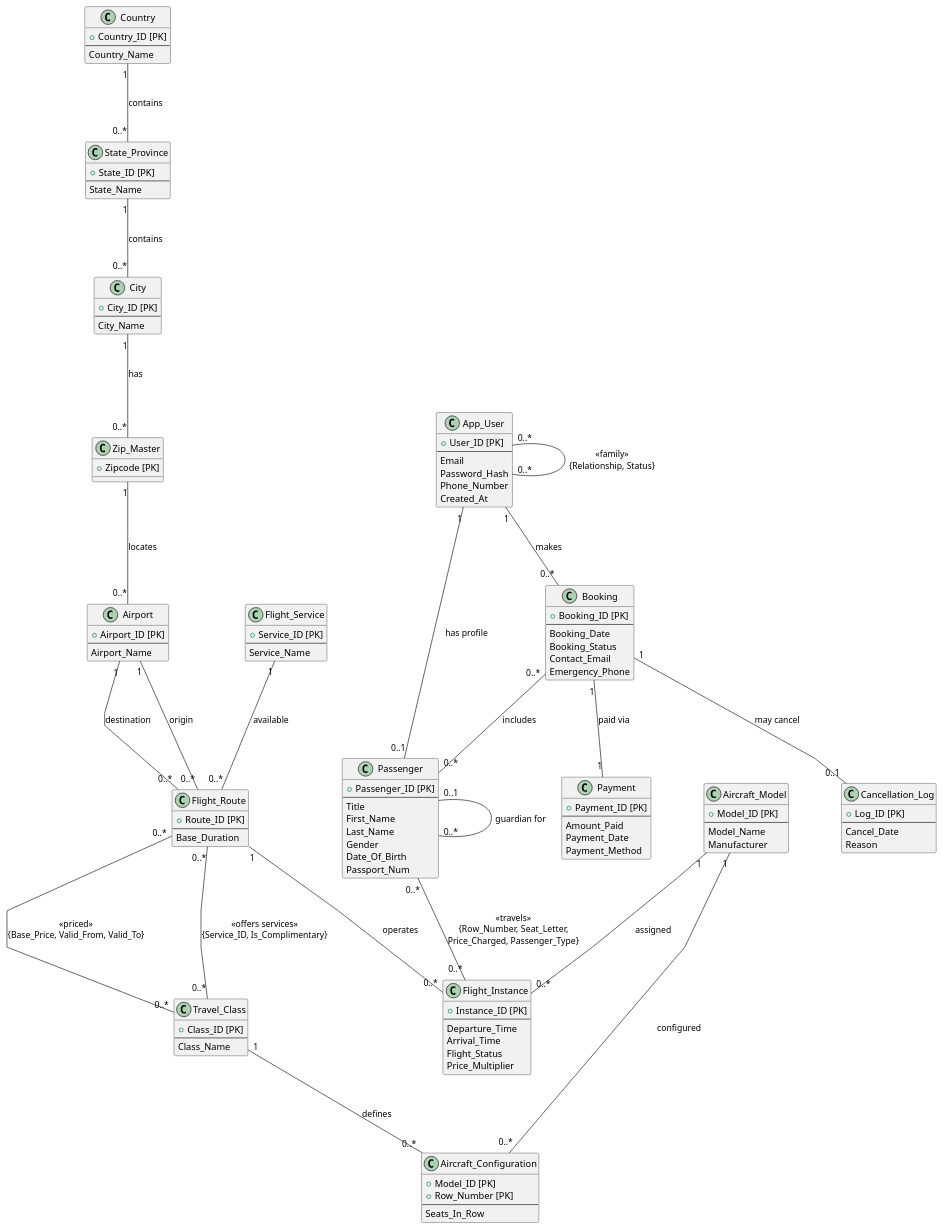
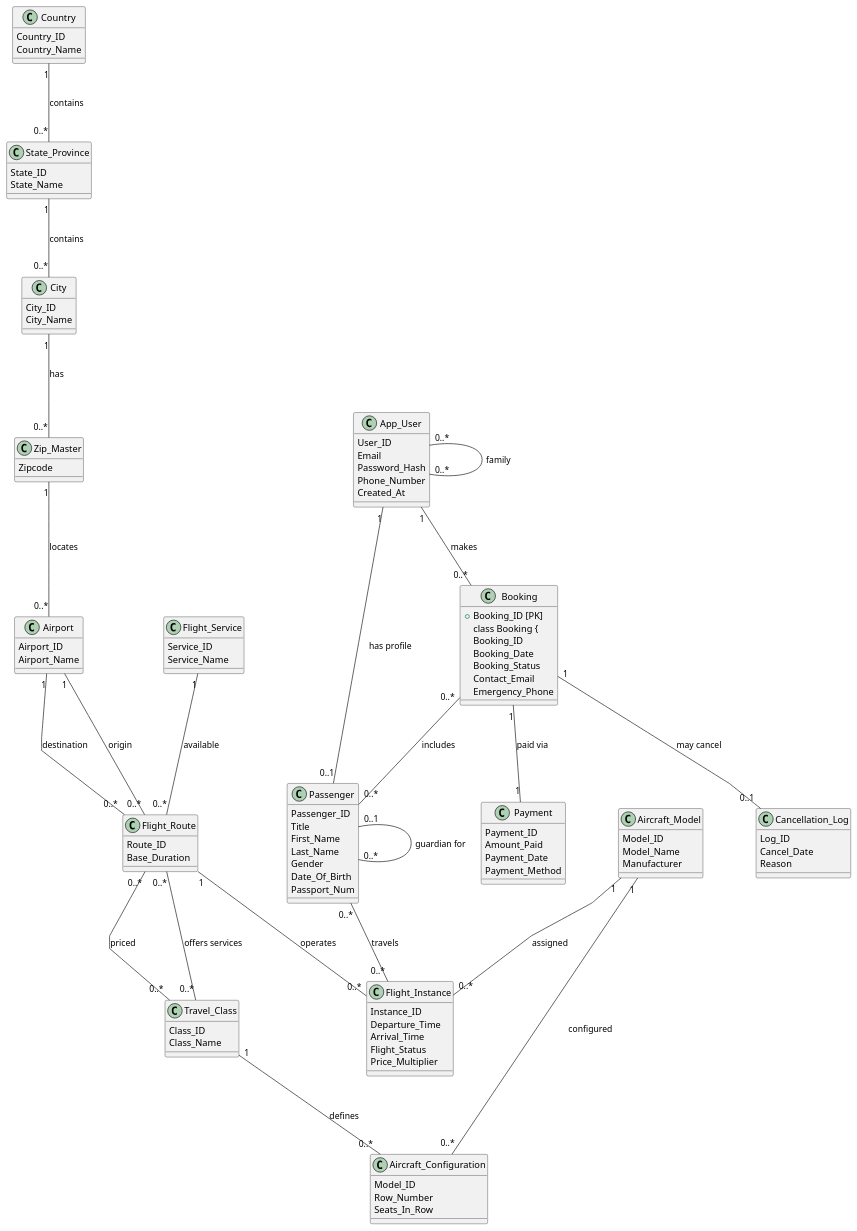
One commit to Abdullah-Khan-Sherwani/Flight-Booking-System changed the diagram in docs/database_erd_conceptual.puml. Above: the diagram before and after it, drawn with PlantUML. The commit also changed 1 other file, not shown here.

```diff
--- a/docs/database_erd_conceptual.puml
+++ b/docs/database_erd_conceptual.puml
@@ -1,180 +1,167 @@
 @startuml Flight_Booking_System_Conceptual_ERD
 
 ' ============================================
 ' CONCEPTUAL ERD - Flight Booking System
 ' ============================================
 
 skinparam linetype polyline
 skinparam nodesep 80
 skinparam ranksep 100
 
 ' ============================================
 ' GEOGRAPHIC DOMAIN
 ' ============================================
 
 class Country {
-  + Country_ID [PK]
-  --
+  Country_ID
   Country_Name
 }
 
 class State_Province {
-  + State_ID [PK]
-  --
+  State_ID
   State_Name
 }
 
 class City {
-  + City_ID [PK]
-  --
+  City_ID
   City_Name
 }
 
 class Zip_Master {
-  + Zipcode [PK]
+  Zipcode
 }
 
 class Airport {
-  + Airport_ID [PK]
-  --
+  Airport_ID
   Airport_Name
 }
 
 Country "1" -- "0..*" State_Province : contains
 State_Province "1" -- "0..*" City : contains
 City "1" -- "0..*" Zip_Master : has
 Zip_Master "1" -- "0..*" Airport : locates
 
 ' ============================================
 ' AIRCRAFT CONFIGURATION DOMAIN
 ' ============================================
 
 class Aircraft_Model {
-  + Model_ID [PK]
-  --
+  Model_ID
   Model_Name
   Manufacturer
 }
 
 class Travel_Class {
-  + Class_ID [PK]
-  --
+  Class_ID
   Class_Name
 }
 
 class Aircraft_Configuration {
-  + Model_ID [PK]
-  + Row_Number [PK]
-  --
+  Model_ID
+  Row_Number
   Seats_In_Row
 }
 
 Aircraft_Model "1" -- "0..*" Aircraft_Configuration : configured
 Travel_Class "1" -- "0..*" Aircraft_Configuration : defines
 
 ' ============================================
 ' FLIGHT OPERATIONS DOMAIN
 ' ============================================
 
 class Flight_Route {
-  + Route_ID [PK]
-  --
+  Route_ID
   Base_Duration
 }
 
 class Flight_Service {
-  + Service_ID [PK]
-  --
+  Service_ID
   Service_Name
 }
 
 class Flight_Instance {
-  + Instance_ID [PK]
-  --
+  Instance_ID
   Departure_Time
   Arrival_Time
   Flight_Status
   Price_Multiplier
 }
 
 Airport "1" -- "0..*" Flight_Route : origin
 Airport "1" -- "0..*" Flight_Route : destination
 Flight_Route "1" -- "0..*" Flight_Instance : operates
 Aircraft_Model "1" -- "0..*" Flight_Instance : assigned
 
 ' ============================================
 ' PRICING & SERVICES (M:N)
 ' ============================================
 
-Flight_Route "0..*" -- "0..*" Travel_Class : << priced >>\n{Base_Price, Valid_From, Valid_To}
-Flight_Route "0..*" -- "0..*" Travel_Class : << offers services >>\n{Service_ID, Is_Complimentary}
+Flight_Route "0..*" -- "0..*" Travel_Class : priced
+Flight_Route "0..*" -- "0..*" Travel_Class : offers services
 Flight_Service "1" -- "0..*" Flight_Route : available
 
 ' ============================================
 ' USER & PASSENGER DOMAIN
 ' ============================================
 
 class App_User {
-  + User_ID [PK]
-  --
+  User_ID
   Email
   Password_Hash
   Phone_Number
   Created_At
 }
 
 class Passenger {
-  + Passenger_ID [PK]
-  --
+  Passenger_ID
   Title
   First_Name
   Last_Name
   Gender
   Date_Of_Birth
   Passport_Num
 }
 
 App_User "1" -- "0..1" Passenger : has profile
 Passenger "0..1" -- "0..*" Passenger : guardian for
-App_User "0..*" -- "0..*" App_User : << family >>\n{Relationship, Status}
+App_User "0..*" -- "0..*" App_User : family
 
 ' ============================================
 ' BOOKING & RESERVATION DOMAIN
 ' ============================================
 
 class Booking {
   + Booking_ID [PK]
-  --
+class Booking {
+  Booking_ID
   Booking_Date
   Booking_Status
   Contact_Email
   Emergency_Phone
 }
 
 class Payment {
-  + Payment_ID [PK]
-  --
+  Payment_ID
   Amount_Paid
   Payment_Date
   Payment_Method
 }
 
 class Cancellation_Log {
-  + Log_ID [PK]
-  --
+  Log_ID
   Cancel_Date
   Reason
 }
 
 App_User "1" -- "0..*" Booking : makes
 Booking "1" -- "1" Payment : paid via
 Booking "1" -- "0..1" Cancellation_Log : may cancel
 
 ' ============================================
 ' CORE M:N RELATIONSHIPS
 ' ============================================
 
 Booking "0..*" -- "0..*" Passenger : includes
-Passenger "0..*" -- "0..*" Flight_Instance : << travels >>\n{Row_Number, Seat_Letter,\nPrice_Charged, Passenger_Type}
+Passenger "0..*" -- "0..*" Flight_Instance : travels
 
 @enduml
```
